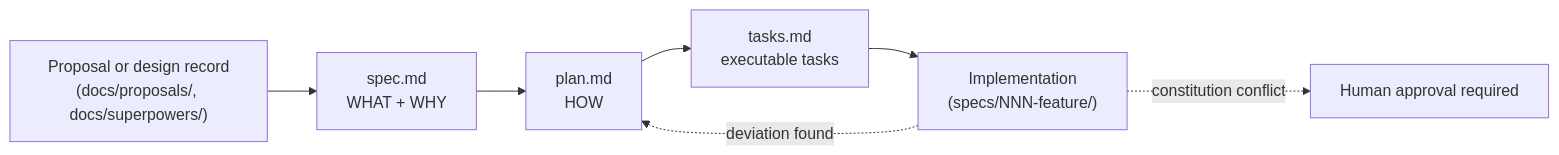
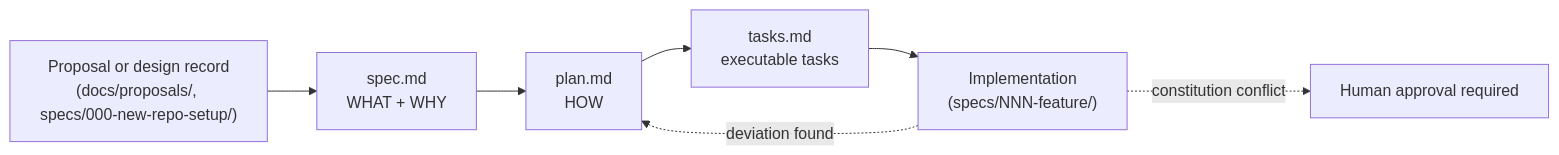
Before and after one commit to jumbleknot/BELAY: the diagram in openwiki/process/spec-driven-development.md, drawn with Mermaid. The commit also changed other lines of this file and 11 other files, not shown here.

First line of the commit message:
docs: move the pre-Spec-Kit design record and plan into specs/000-new-repo-setup

````diff
--- a/openwiki/process/spec-driven-development.md
+++ b/openwiki/process/spec-driven-development.md
@@ -16,9 +16,9 @@
 ```mermaid
 flowchart LR
-  P["Proposal or design record\n(docs/proposals/, docs/superpowers/)"] --> S["spec.md\nWHAT + WHY"]
+  P["Proposal or design record\n(docs/proposals/, specs/000-new-repo-setup/)"] --> S["spec.md\nWHAT + WHY"]
   S --> Pl["plan.md\nHOW"]
   Pl --> T["tasks.md\nexecutable tasks"]
   T --> I["Implementation\n(specs/NNN-feature/)"]
   I -. "deviation found" .-> Pl
   I -. "constitution conflict" .-> C["Human approval required"]
 ```
````
